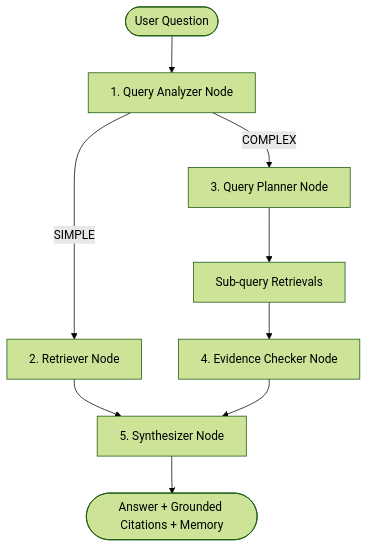
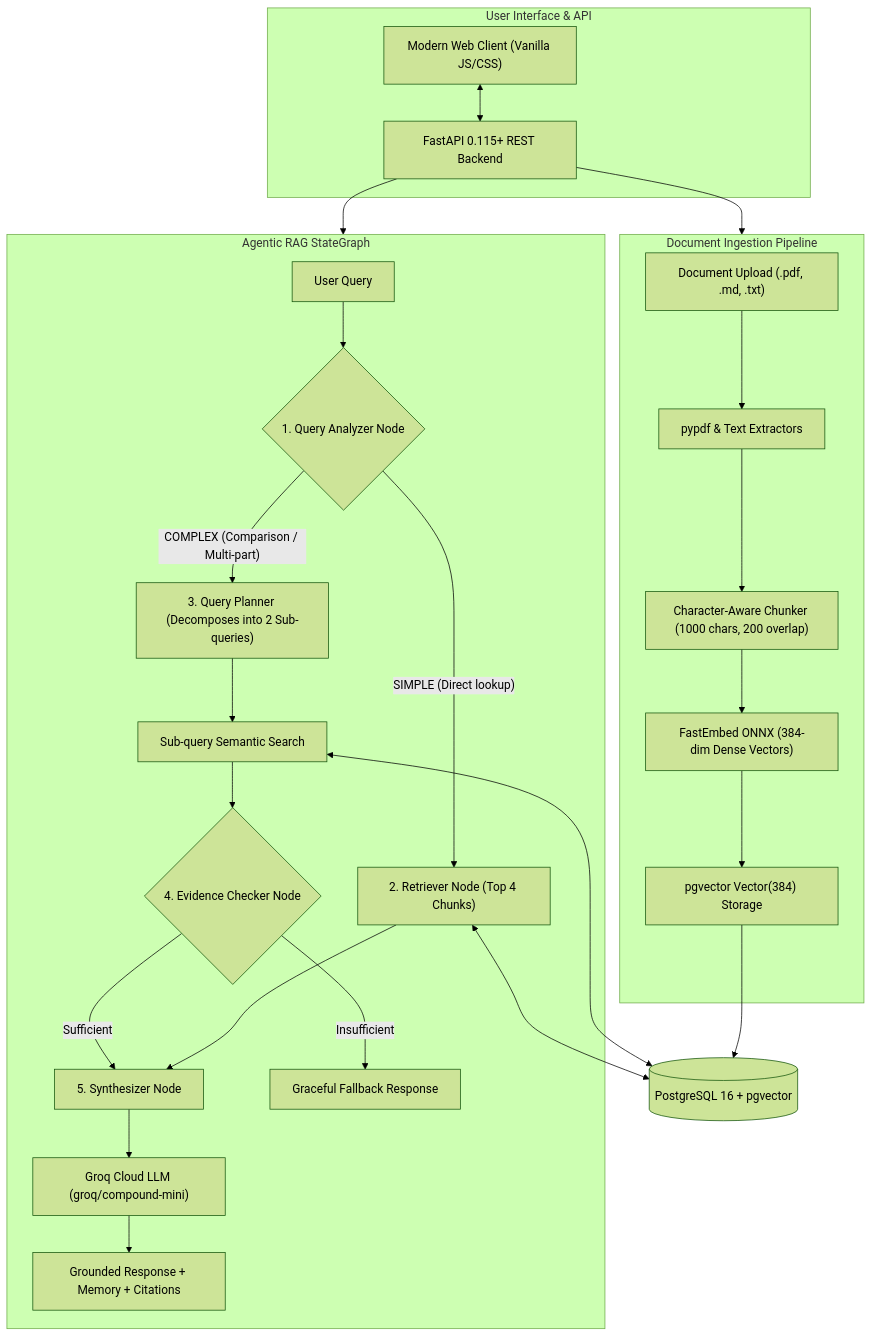
The diagram in README.md (krishu2814/DocuAgent), drawn with Mermaid (forest theme) before and after one commit. The commit also changed other lines of this file, not shown here.

Commit message:
docs: update README with live Render deployment URL, badges, and complete architecture documentation

````diff
--- a/README.md
+++ b/README.md
@@ -18,14 +36,38 @@
 ```mermaid
 flowchart TD
-    User([User Question]) --> Analyzer[1. Query Analyzer Node]
-    Analyzer -->|SIMPLE| Retriever[2. Retriever Node]
-    Analyzer -->|COMPLEX| Planner[3. Query Planner Node]
-    
-    Planner --> MultiRetriever[Sub-query Retrievals]
-    MultiRetriever --> EvidenceChecker[4. Evidence Checker Node]
-    
-    Retriever --> Synthesizer[5. Synthesizer Node]
-    EvidenceChecker --> Synthesizer
-    
-    Synthesizer --> Answer([Answer + Grounded Citations + Memory])
+    subgraph Client["User Interface & API"]
+        UI["Modern Web Client (Vanilla JS/CSS)"]
+        API["FastAPI 0.115+ REST Backend"]
+        UI <--> API
+    end
+
+    subgraph Ingestion["Document Ingestion Pipeline"]
+        Upload["Document Upload (.pdf, .md, .txt)"] --> Parser["pypdf & Text Extractors"]
+        Parser --> Chunker["Character-Aware Chunker (1000 chars, 200 overlap)"]
+        Chunker --> FastEmbed["FastEmbed ONNX (384-dim Dense Vectors)"]
+        FastEmbed --> DBInsert["pgvector Vector(384) Storage"]
+    end
+
+    subgraph LangGraph["Agentic RAG StateGraph"]
+        Q["User Query"] --> Analyzer{"1. Query Analyzer Node"}
+        
+        Analyzer -->|"SIMPLE (Direct lookup)"| Retriever["2. Retriever Node (Top 4 Chunks)"]
+        Analyzer -->|"COMPLEX (Comparison / Multi-part)"| Planner["3. Query Planner (Decomposes into 2 Sub-queries)"]
+        
+        Planner --> MultiSearch["Sub-query Semantic Search"]
+        MultiSearch --> Evidence{"4. Evidence Checker Node"}
+        
+        Evidence -->|"Sufficient"| Synthesizer["5. Synthesizer Node"]
+        Evidence -->|"Insufficient"| Fallback["Graceful Fallback Response"]
+        
+        Retriever --> Synthesizer
+        Synthesizer --> Groq["Groq Cloud LLM (groq/compound-mini)"]
+        Groq --> Output["Grounded Response + Memory + Citations"]
+    end
+
+    API --> Ingestion
+    API --> LangGraph
+    DBInsert --> Postgres[("PostgreSQL 16 + pgvector")]
+    Retriever <--> Postgres
+    MultiSearch <--> Postgres
 ```
````
